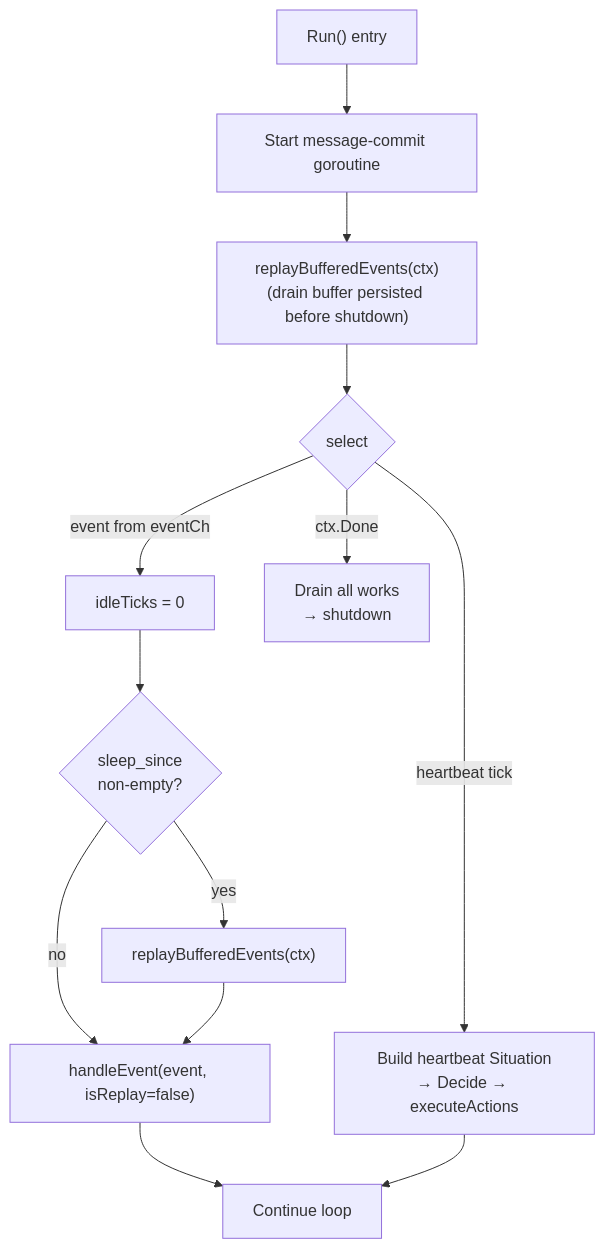
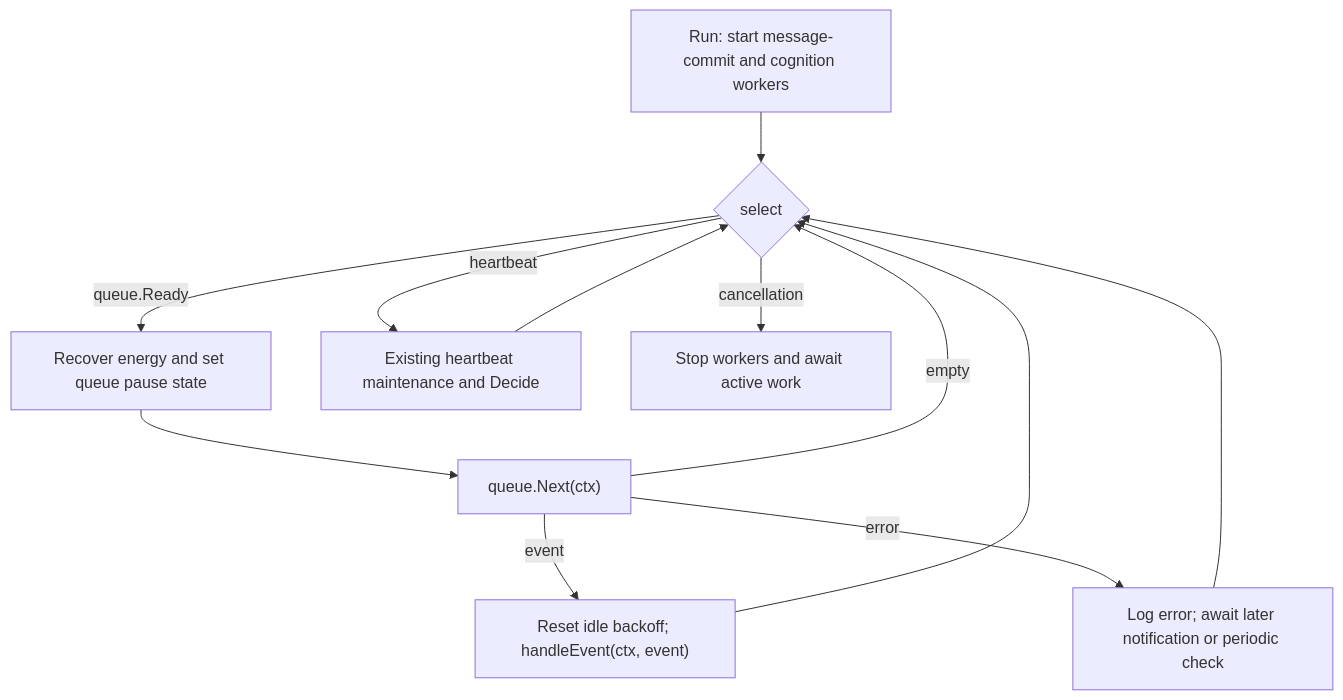
One commit to KoanJan/qingqiu-world changed the second of 9 diagrams in doc/engineering_implements/agent-runtime-event-loop.md. Above: the diagram before and after it, drawn with Mermaid. The commit also changed other lines of this file and 35 other files, not shown here.

First line of the commit message:
Persist agent event deliveries and encapsulate queue consumption (#19)

````diff
--- a/doc/engineering_implements/agent-runtime-event-loop.md
+++ b/doc/engineering_implements/agent-runtime-event-loop.md
@@ -102,18 +102,14 @@
 ```mermaid
 flowchart TD
-    Start["Run() entry"] --> MsgGoroutine["Start message-commit goroutine"]
-    MsgGoroutine --> StartupReplay["replayBufferedEvents(ctx)<br/>(drain buffer persisted before shutdown)"]
-    StartupReplay --> Select{"select"}
-
-    Select -->|event from eventCh| ResetIdle["idleTicks = 0"]
-    ResetIdle --> WakeCheck{"sleep_since<br/>non-empty?"}
-    WakeCheck -->|yes| Replay["replayBufferedEvents(ctx)"]
-    WakeCheck -->|no| HandleEvent["handleEvent(event, isReplay=false)"]
-    Replay --> HandleEvent
-    HandleEvent --> LoopContinue["Continue loop"]
-
-    Select -->|heartbeat tick| HBPhase["Build heartbeat Situation<br/>→ Decide → executeActions"]
-    HBPhase --> LoopContinue
-
-    Select -->|ctx.Done| Drain["Drain all works<br/>→ shutdown"]
+    Start["Run: start message-commit and cognition workers"] --> Select{"select"}
+    Select -->|queue.Ready| Energy["Recover energy and set queue pause state"]
+    Energy --> Next["queue.Next(ctx)"]
+    Next -->|event| Handle["Reset idle backoff; handleEvent(ctx, event)"]
+    Next -->|empty| Select
+    Next -->|error| Error["Log error; await later notification or periodic check"]
+    Error --> Select
+    Handle --> Select
+    Select -->|heartbeat| Heartbeat["Existing heartbeat maintenance and Decide"]
+    Heartbeat --> Select
+    Select -->|cancellation| Stop["Stop workers and await active work"]
 ```
````
